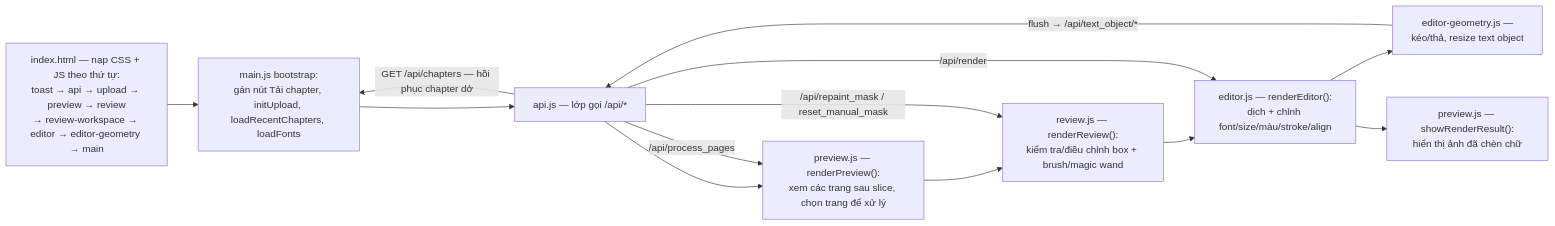
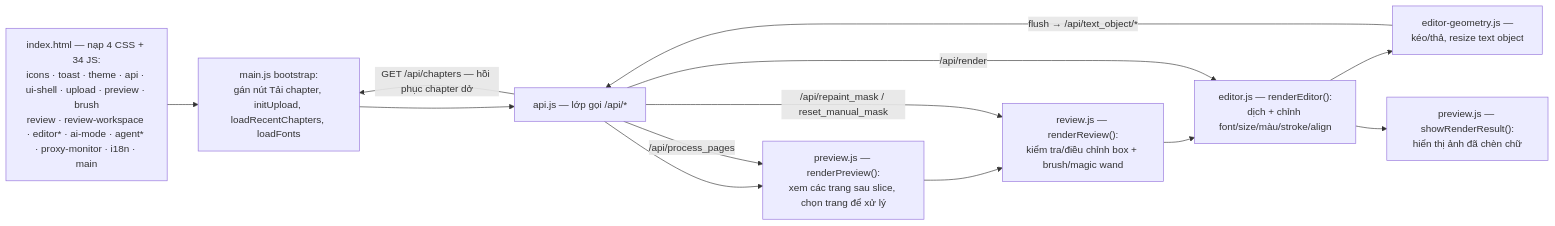
Diagram 11 of 12 in docs/ARCHITECTURE.md (tuantran00541-spec/manga-translator), drawn with Mermaid before and after one commit. The commit also changed other lines of this file and 47 other files, not shown here.

Commit message:
Harden security, fix audit bugs across proxy/AI mode/agent/UI/CI, and update docs

````diff
--- a/docs/ARCHITECTURE.md
+++ b/docs/ARCHITECTURE.md
@@ -287,15 +290,15 @@
 ```mermaid
 flowchart LR
-    A["index.html — nạp CSS + JS theo thứ tự:<br/>toast → api → upload → preview → review<br/>→ review-workspace → editor → editor-geometry → main"] --> B["main.js bootstrap:<br/>gán nút Tải chapter, initUpload, loadRecentChapters, loadFonts"]
+    A["index.html — nạp 4 CSS + 34 JS:<br/>icons · toast · theme · api · ui-shell · upload · preview · brush<br/>review · review-workspace · editor* · ai-mode · agent* · proxy-monitor · i18n · main"] --> B["main.js bootstrap:<br/>gán nút Tải chapter, initUpload, loadRecentChapters, loadFonts"]
     B --> C["api.js — lớp gọi /api/*"]
     C --> D["preview.js — renderPreview():<br/>xem các trang sau slice, chọn trang để xử lý"]
     D --> E["review.js — renderReview():<br/>kiểm tra/điều chỉnh box + brush/magic wand"]
     E --> F["editor.js — renderEditor():<br/>dịch + chỉnh font/size/màu/stroke/align"]
     F --> G["editor-geometry.js —<br/>kéo/thả, resize text object"]
     G -->|"flush → /api/text_object/*"| C
     C -->|"/api/process_pages"| D
     C -->|"/api/repaint_mask / reset_manual_mask"| E
     C -->|"/api/render"| F
     F --> H["preview.js — showRenderResult():<br/>hiển thị ảnh đã chèn chữ"]
     C -->|"GET /api/chapters — hồi phục chapter dở"| B
 ```
````
